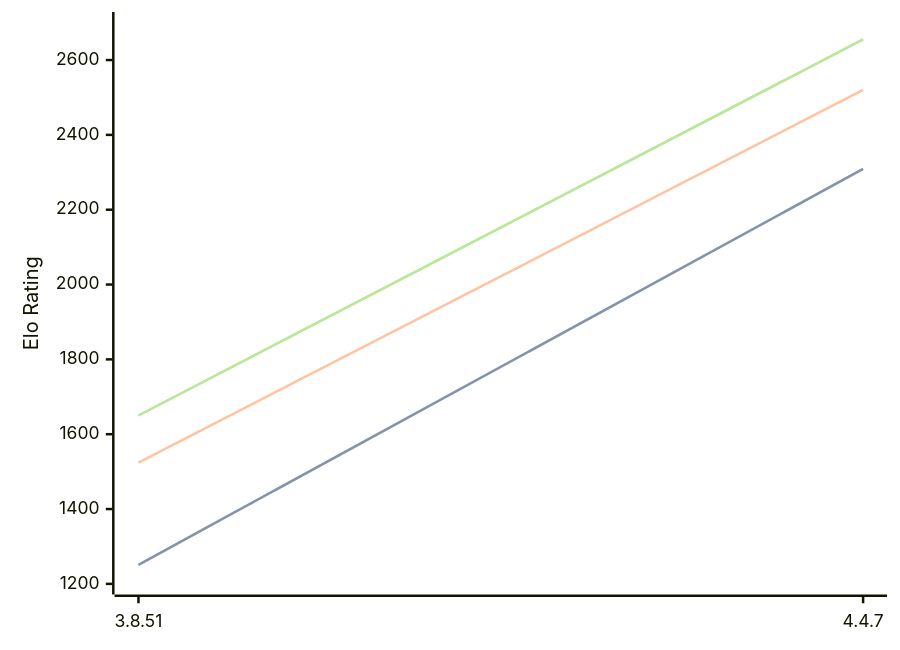
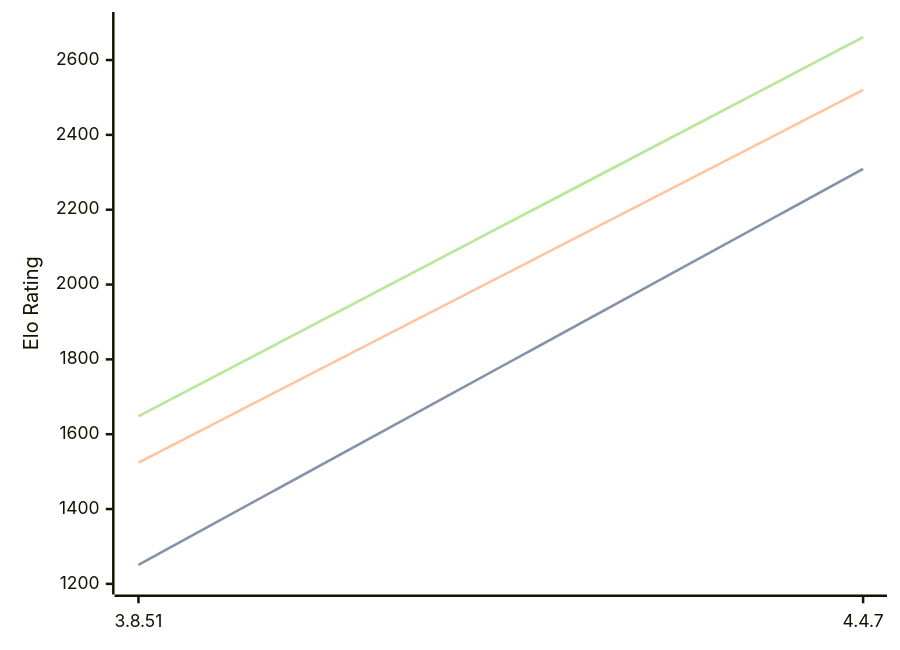
One commit to computer-chess-index/cci changed the diagram in engines/Scoria.md. Above: the diagram before and after it, drawn with Mermaid. The commit also changed other lines of this file, not shown here.

Commit message:
Update CCI Ratings (ELO VLTC) - 2026-08-30

````diff
--- a/engines/Scoria.md
+++ b/engines/Scoria.md
@@ -32,11 +32,11 @@
 ```mermaid
 %%{init: {"theme":"base","themeVariables":{"seriesColors:['#a3a3a3','#222221','#faa371']}}}%%
 xychart-beta
   x-axis ["3.8.51", "4.4.7"]
   y-axis "Elo Rating" 1200 --> 2700
   line "" [1251, 2309]
   line "STC (8.0+0.08s)" [1251, 2309]
   line "LTC (60.0+0.60s)" [1524, 2520]
-  line "" [1650, 2655]
-  line "VLTC (2m24s+1.12s)" [1650, 2655]
+  line "" [1648, 2661]
+  line "VLTC (2m24s+1.12s)" [1648, 2661]
 ```
````
